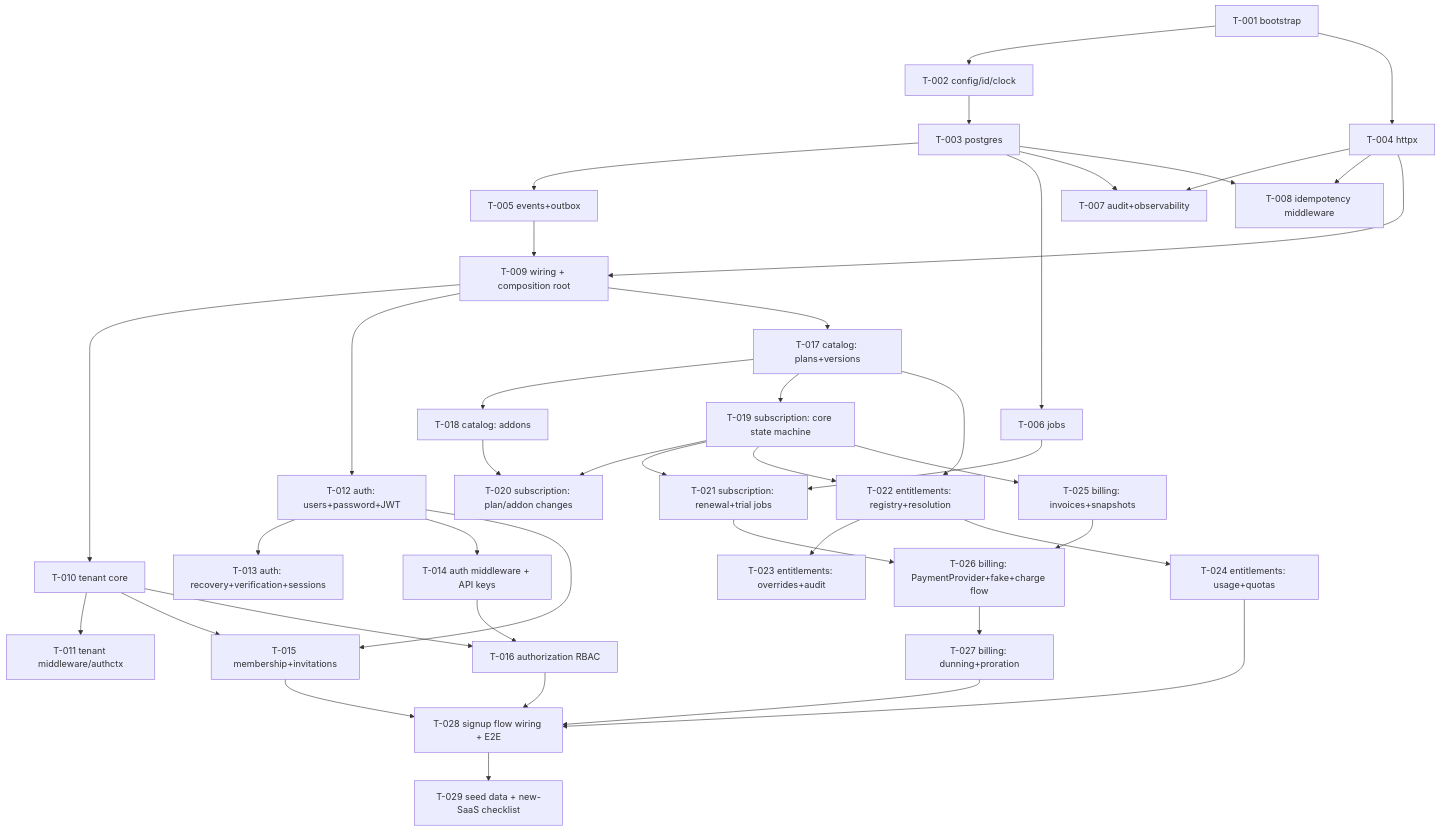
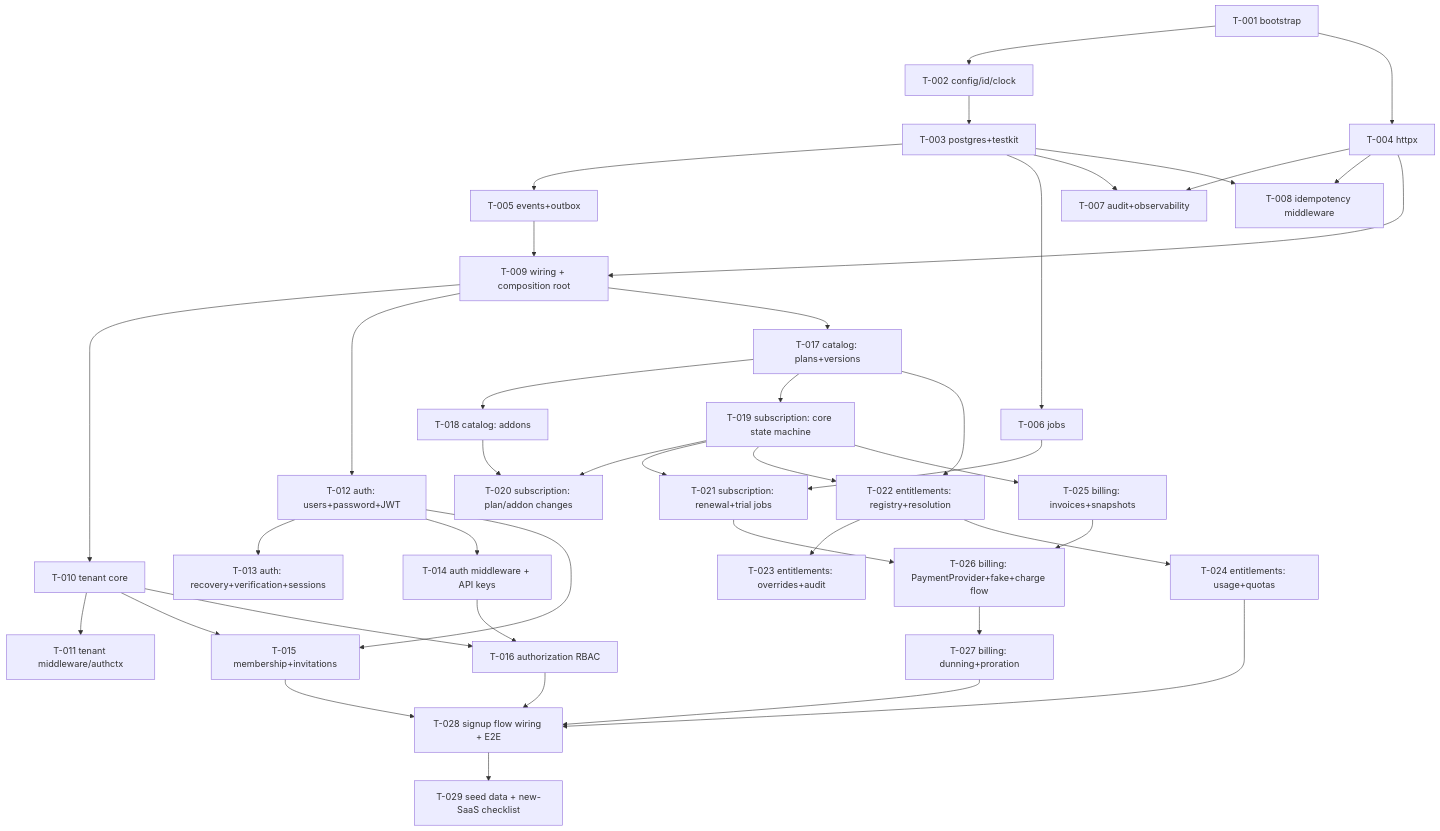
One commit to williamokano/entitlements changed the diagram in docs/TASKS.md. Above: the diagram before and after it, drawn with Mermaid. The commit also changed other lines of this file and 4 other files, not shown here.

````diff
--- a/docs/TASKS.md
+++ b/docs/TASKS.md
@@ -22,43 +30,43 @@
 ```mermaid
 graph TD
   T001[T-001 bootstrap] --> T002[T-002 config/id/clock]
   T001 --> T004[T-004 httpx]
-  T002 --> T003[T-003 postgres]
+  T002 --> T003[T-003 postgres+testkit]
   T003 --> T005[T-005 events+outbox]
   T003 --> T006[T-006 jobs]
   T003 --> T007[T-007 audit+observability]
   T004 --> T007
   T003 --> T008[T-008 idempotency middleware]
   T004 --> T008
   T005 --> T009[T-009 wiring + composition root]
   T004 --> T009
   T009 --> T010[T-010 tenant core]
   T010 --> T011[T-011 tenant middleware/authctx]
   T009 --> T012[T-012 auth: users+password+JWT]
   T012 --> T013[T-013 auth: recovery+verification+sessions]
   T012 --> T014[T-014 auth middleware + API keys]
   T010 --> T015[T-015 membership+invitations]
   T012 --> T015
   T014 --> T016[T-016 authorization RBAC]
   T010 --> T016
   T009 --> T017[T-017 catalog: plans+versions]
   T017 --> T018[T-018 catalog: addons]
   T017 --> T019[T-019 subscription: core state machine]
   T019 --> T020[T-020 subscription: plan/addon changes]
   T018 --> T020
   T006 --> T021[T-021 subscription: renewal+trial jobs]
   T019 --> T021
   T017 --> T022[T-022 entitlements: registry+resolution]
   T019 --> T022
   T022 --> T023[T-023 entitlements: overrides+audit]
   T022 --> T024[T-024 entitlements: usage+quotas]
   T019 --> T025[T-025 billing: invoices+snapshots]
   T025 --> T026[T-026 billing: PaymentProvider+fake+charge flow]
   T021 --> T026
   T026 --> T027[T-027 billing: dunning+proration]
   T015 --> T028[T-028 signup flow wiring + E2E]
   T016 --> T028
   T024 --> T028
   T027 --> T028
   T028 --> T029[T-029 seed data + new-SaaS checklist]
 ```
````
